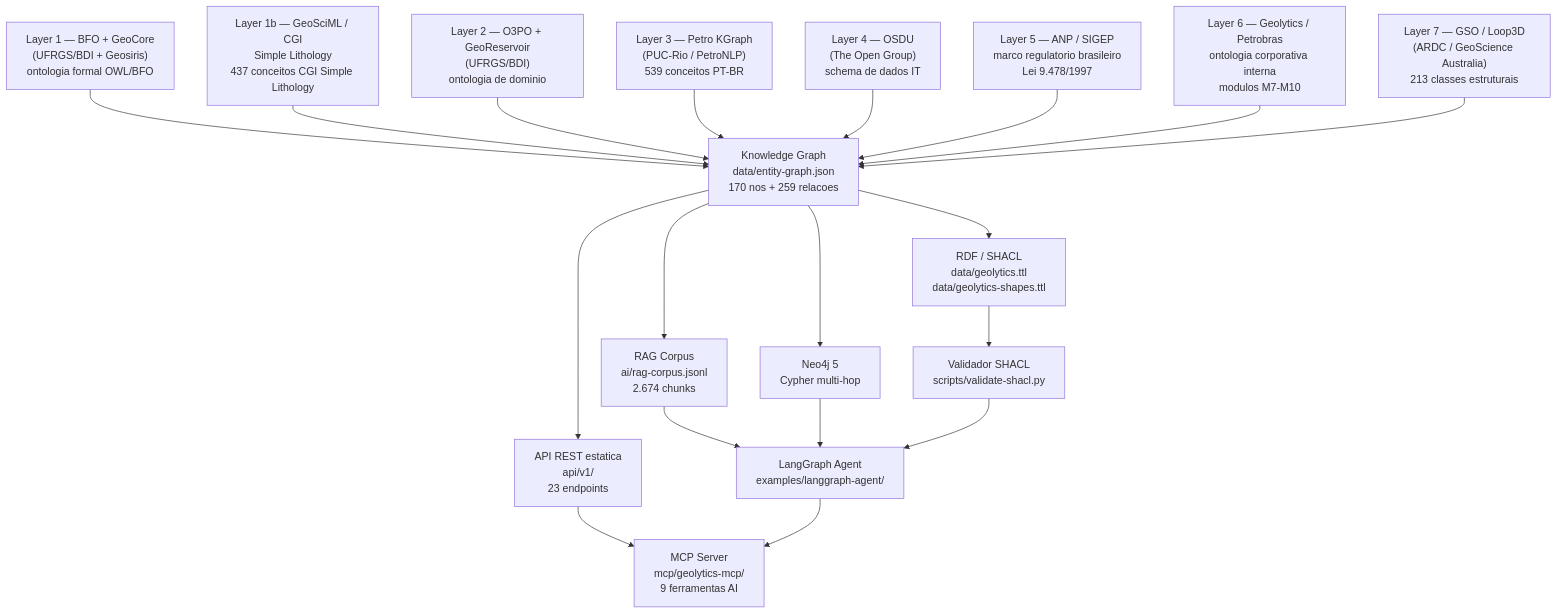
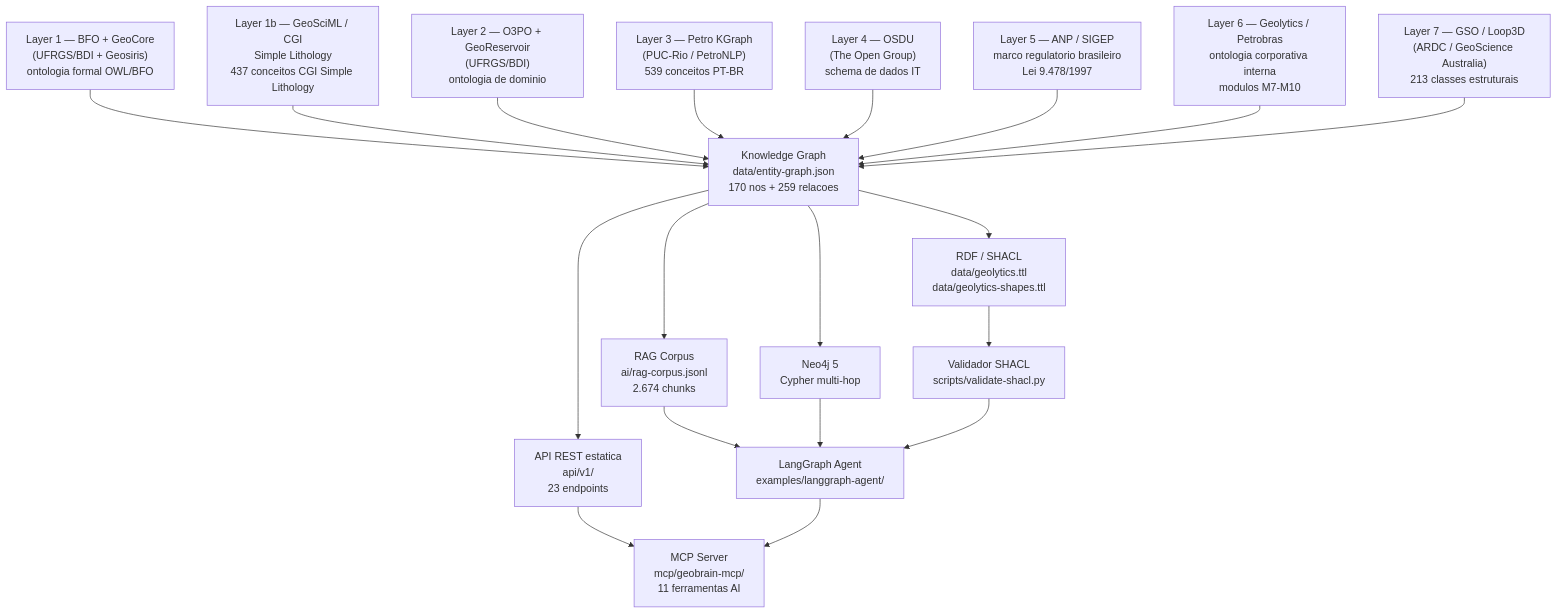
The first of 4 diagrams in docs/ARCHITECTURE.md (thiagoflc/geolytics-dictionary), drawn with Mermaid before and after one commit. The commit also changed other lines of this file and 4 other files, not shown here.

````diff
--- a/docs/ARCHITECTURE.md
+++ b/docs/ARCHITECTURE.md
@@ -11,32 +11,32 @@
 ```mermaid
 graph TD
     L1["Layer 1 — BFO + GeoCore<br/>(UFRGS/BDI + Geosiris)<br/>ontologia formal OWL/BFO"]
     L1B["Layer 1b — GeoSciML / CGI<br/>Simple Lithology<br/>437 conceitos CGI Simple Lithology"]
     L2["Layer 2 — O3PO + GeoReservoir<br/>(UFRGS/BDI)<br/>ontologia de dominio"]
     L3["Layer 3 — Petro KGraph<br/>(PUC-Rio / PetroNLP)<br/>539 conceitos PT-BR"]
     L4["Layer 4 — OSDU<br/>(The Open Group)<br/>schema de dados IT"]
     L5["Layer 5 — ANP / SIGEP<br/>marco regulatorio brasileiro<br/>Lei 9.478/1997"]
     L6["Layer 6 — Geolytics / Petrobras<br/>ontologia corporativa interna<br/>modulos M7-M10"]
     L7["Layer 7 — GSO / Loop3D<br/>(ARDC / GeoScience Australia)<br/>213 classes estruturais"]
 
     L1 --> KG["Knowledge Graph<br/>data/entity-graph.json<br/>170 nos + 259 relacoes"]
     L1B --> KG
     L2 --> KG
     L3 --> KG
     L4 --> KG
     L5 --> KG
     L6 --> KG
     L7 --> KG
 
     KG --> API["API REST estatica<br/>api/v1/<br/>23 endpoints"]
     KG --> RAG["RAG Corpus<br/>ai/rag-corpus.jsonl<br/>2.674 chunks"]
     KG --> NEO["Neo4j 5<br/>Cypher multi-hop"]
     KG --> TTL["RDF / SHACL<br/>data/geolytics.ttl<br/>data/geolytics-shapes.ttl"]
 
-    API --> MCP["MCP Server<br/>mcp/geolytics-mcp/<br/>9 ferramentas AI"]
+    API --> MCP["MCP Server<br/>mcp/geobrain-mcp/<br/>11 ferramentas AI"]
     RAG --> AGENT["LangGraph Agent<br/>examples/langgraph-agent/"]
     NEO --> AGENT
     TTL --> SHACL["Validador SHACL<br/>scripts/validate-shacl.py"]
     SHACL --> AGENT
     AGENT --> MCP
 ```
````
